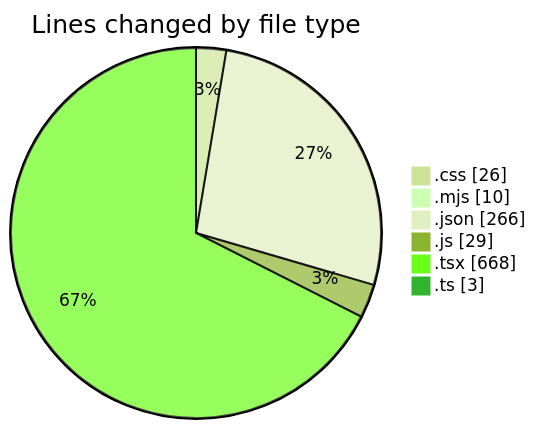
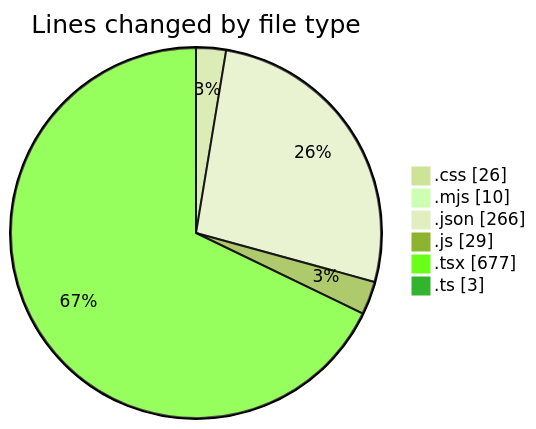
The first of 2 diagrams in 2025-06-23/scopecraft/README.md (Ritupan-Deka/code-tracking), drawn with Mermaid (forest theme) before and after one commit. The commit also changed other lines of this file and 1 other file, not shown here.

````diff
--- a/2025-06-23/scopecraft/README.md
+++ b/2025-06-23/scopecraft/README.md
@@ -36,10 +36,10 @@
 ```mermaid
 pie showData
 title Lines changed by file type
 ".css" : 26
 ".mjs" : 10
 ".json" : 266
 ".js" : 29
-".tsx" : 668
+".tsx" : 677
 ".ts" : 3
 ```
````
